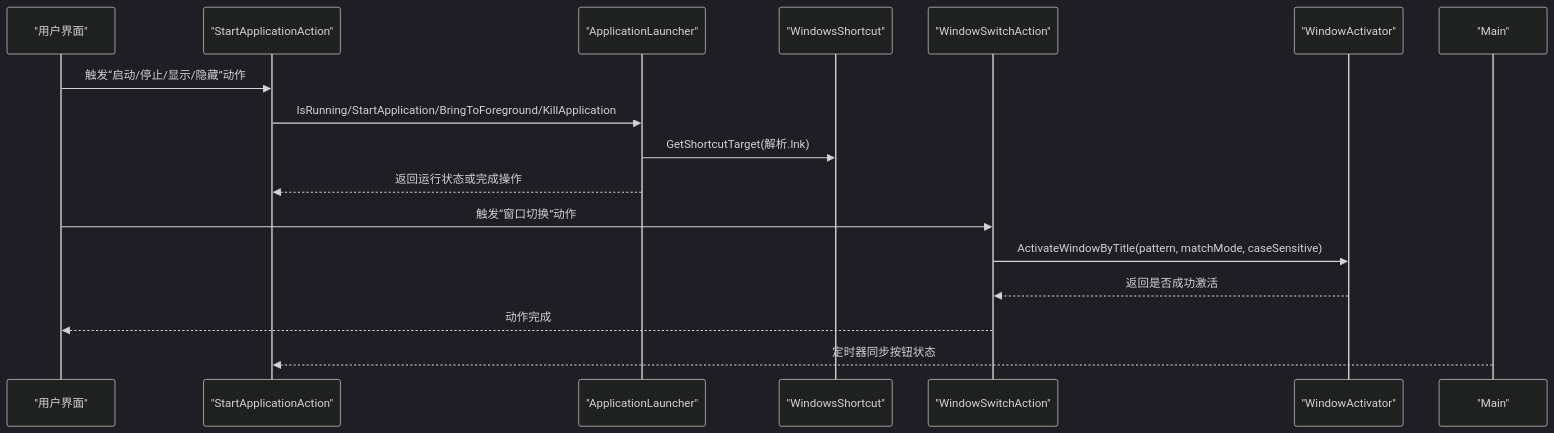
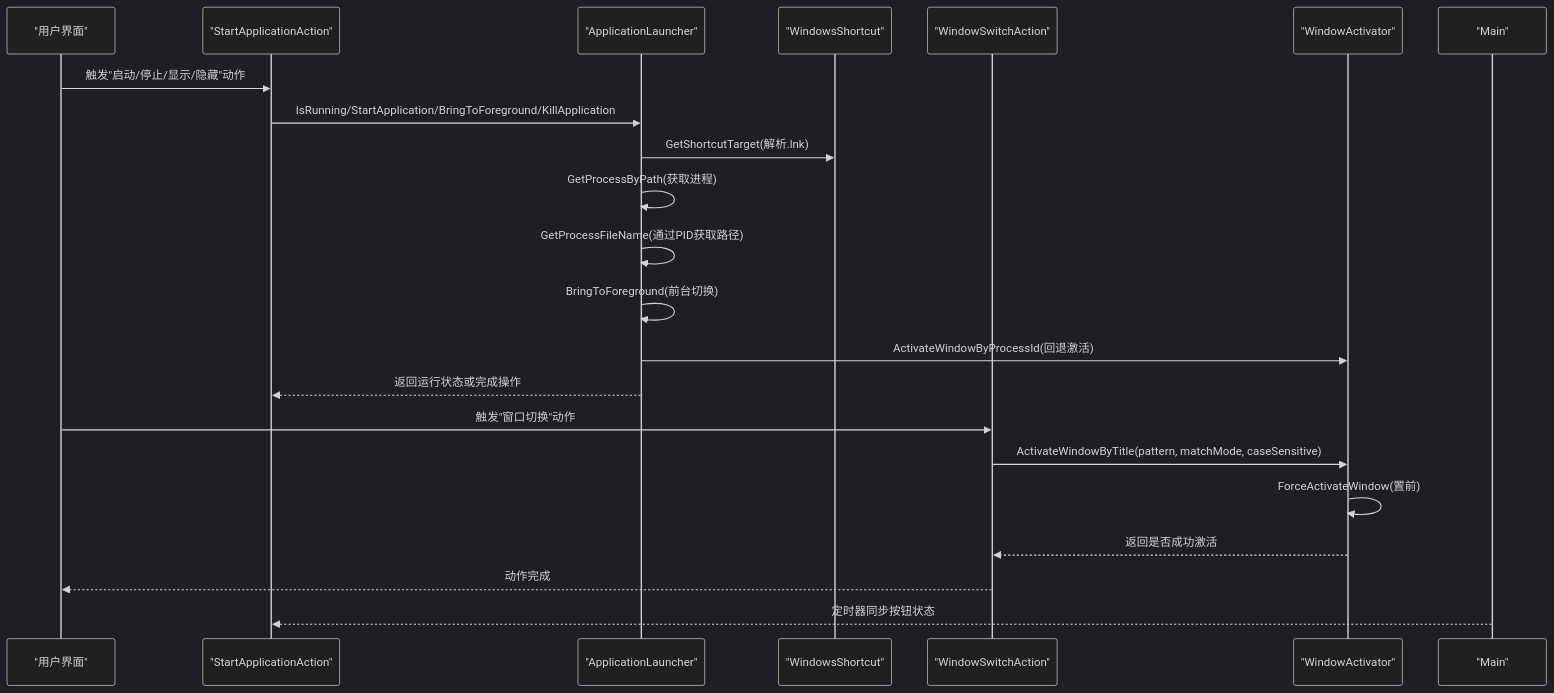
The second of 6 diagrams in .qoder/repowiki/zh/content/开发者指南/工具函数库/工具函数库.md (tea4go/Macro-Deck-Windows-Utils-Plugin), drawn with Mermaid (dark theme) before and after one commit. The commit also changed other lines of this file and 38 other files, not shown here.

````diff
--- a/.qoder/repowiki/zh/content/开发者指南/工具函数库/工具函数库.md
+++ b/.qoder/repowiki/zh/content/开发者指南/工具函数库/工具函数库.md
@@ -106,19 +106,24 @@
 ```mermaid
 sequenceDiagram
 participant UI as "用户界面"
 participant SA as "StartApplicationAction"
 participant AL as "ApplicationLauncher"
 participant WS as "WindowsShortcut"
 participant WSA as "WindowSwitchAction"
 participant WA as "WindowActivator"
 participant MAIN as "Main"
-UI->>SA : 触发“启动/停止/显示/隐藏”动作
+UI->>SA : 触发"启动/停止/显示/隐藏"动作
 SA->>AL : IsRunning/StartApplication/BringToForeground/KillApplication
 AL->>WS : GetShortcutTarget(解析.lnk)
+AL->>AL : GetProcessByPath(获取进程)
+AL->>AL : GetProcessFileName(通过PID获取路径)
+AL->>AL : BringToForeground(前台切换)
+AL->>WA : ActivateWindowByProcessId(回退激活)
 AL-->>SA : 返回运行状态或完成操作
-UI->>WSA : 触发“窗口切换”动作
+UI->>WSA : 触发"窗口切换"动作
 WSA->>WA : ActivateWindowByTitle(pattern, matchMode, caseSensitive)
+WA->>WA : ForceActivateWindow(置前)
 WA-->>WSA : 返回是否成功激活
 WSA-->>UI : 动作完成
 MAIN-->>SA : 定时器同步按钮状态
 ```
````
